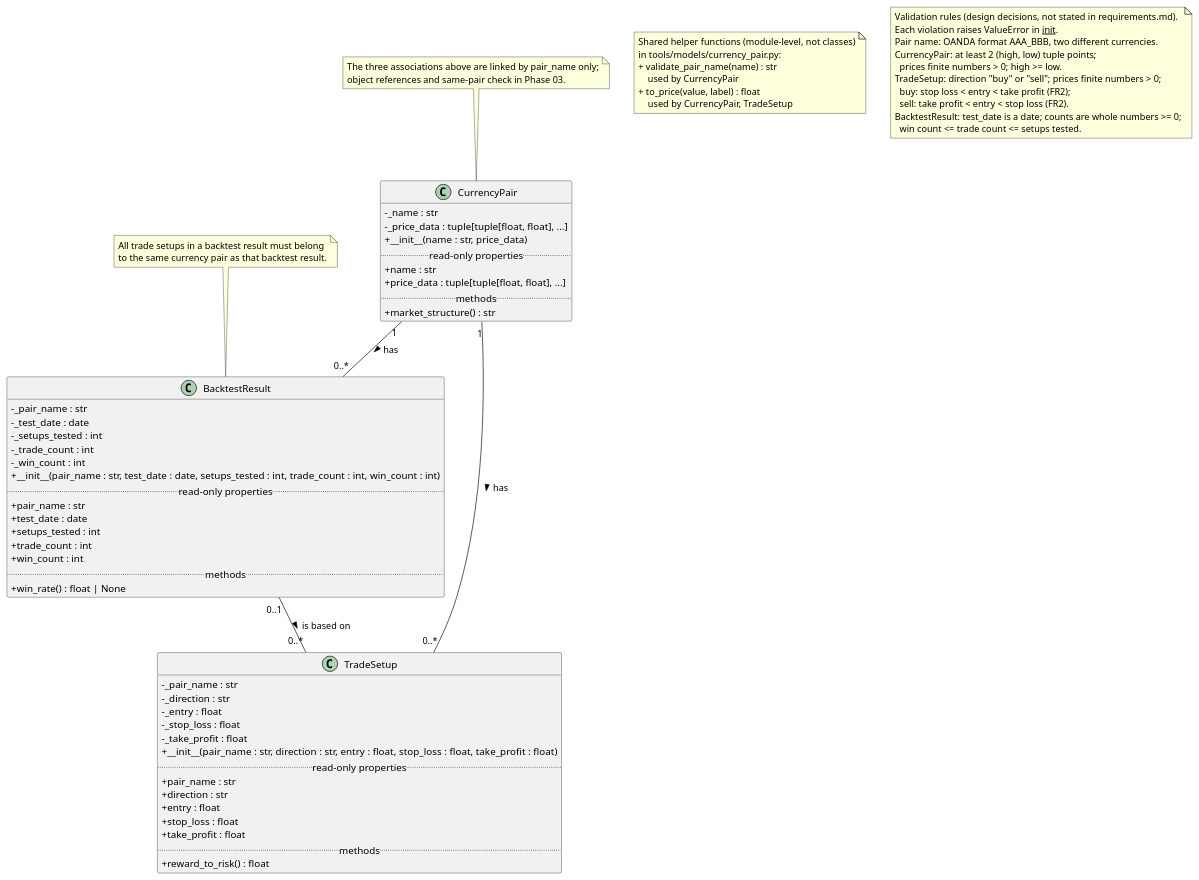
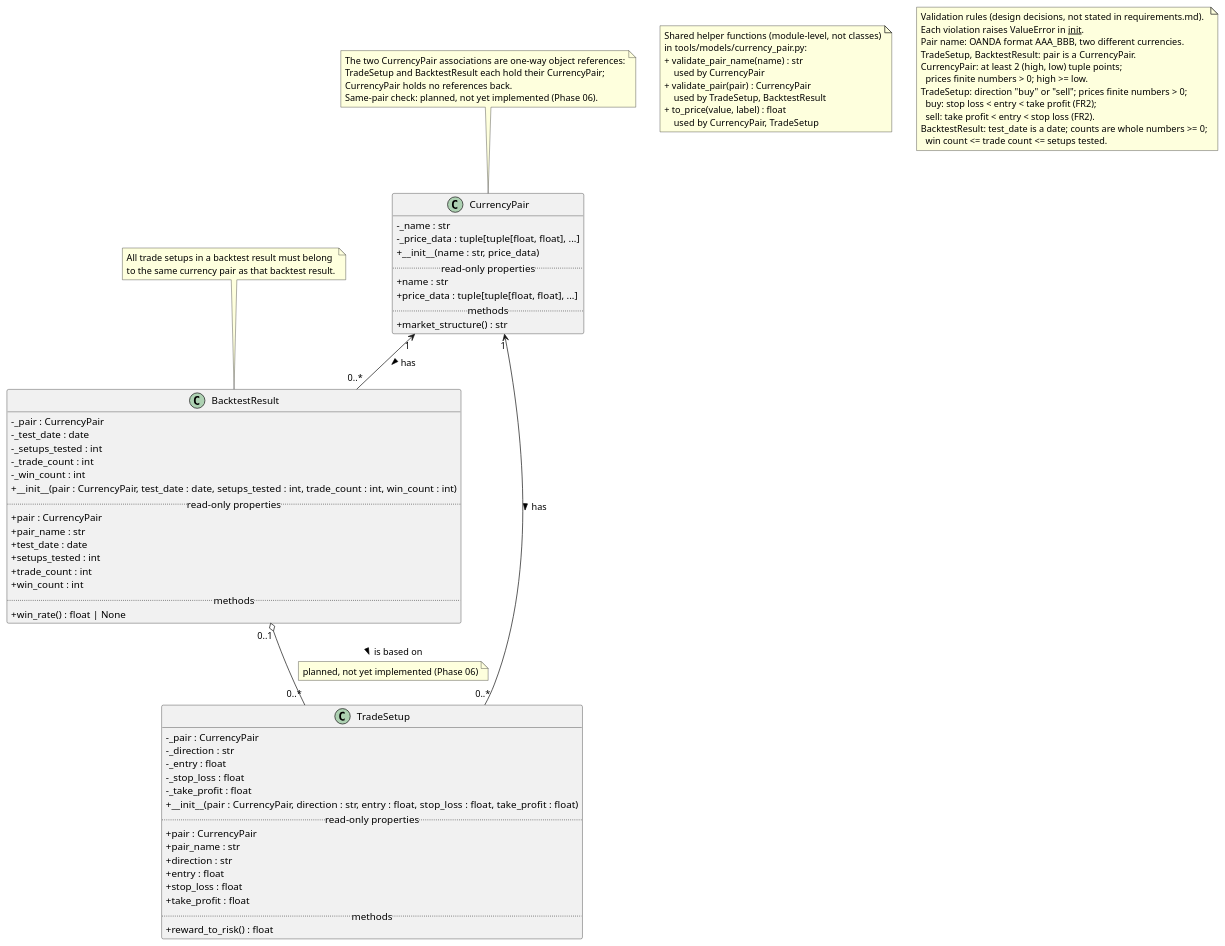
Before and after one commit to dan119524/nexus-trade: the diagram in docs/design/uml/domain-model.puml, drawn with PlantUML. The commit also changed 16 other files, not shown here.

```diff
--- a/docs/design/uml/domain-model.puml
+++ b/docs/design/uml/domain-model.puml
@@ -1,88 +1,99 @@
 @startuml domain-model
 ' Sources: docs/design/requirements.md, sections "Domain Entities" and
 ' "Relationships and Multiplicities", for the classes and relationships.
-' tools/models/ (Phase 02) for the attributes and public methods.
+' tools/models/ (Phase 03) for the attributes, public methods, and object references.
 ' Attributes are private (-) and exposed as read-only @property (+). No setters.
 skinparam classAttributeIconSize 0
 hide empty members
 
 class CurrencyPair {
   - _name : str
   - _price_data : tuple[tuple[float, float], ...]
   + __init__(name : str, price_data)
   .. read-only properties ..
   + name : str
   + price_data : tuple[tuple[float, float], ...]
   .. methods ..
   + market_structure() : str
 }
 
 class TradeSetup {
-  - _pair_name : str
+  - _pair : CurrencyPair
   - _direction : str
   - _entry : float
   - _stop_loss : float
   - _take_profit : float
-  + __init__(pair_name : str, direction : str, entry : float, stop_loss : float, take_profit : float)
+  + __init__(pair : CurrencyPair, direction : str, entry : float, stop_loss : float, take_profit : float)
   .. read-only properties ..
+  + pair : CurrencyPair
   + pair_name : str
   + direction : str
   + entry : float
   + stop_loss : float
   + take_profit : float
   .. methods ..
   + reward_to_risk() : float
 }
 
 class BacktestResult {
-  - _pair_name : str
+  - _pair : CurrencyPair
   - _test_date : date
   - _setups_tested : int
   - _trade_count : int
   - _win_count : int
-  + __init__(pair_name : str, test_date : date, setups_tested : int, trade_count : int, win_count : int)
+  + __init__(pair : CurrencyPair, test_date : date, setups_tested : int, trade_count : int, win_count : int)
   .. read-only properties ..
+  + pair : CurrencyPair
   + pair_name : str
   + test_date : date
   + setups_tested : int
   + trade_count : int
   + win_count : int
   .. methods ..
   + win_rate() : float | None
 }
 
-CurrencyPair "1" -- "0..*" TradeSetup : has >
-CurrencyPair "1" -- "0..*" BacktestResult : has >
-BacktestResult "0..1" -- "0..*" TradeSetup : is based on >
+CurrencyPair "1" <-- "0..*" TradeSetup : has >
+CurrencyPair "1" <-- "0..*" BacktestResult : has >
+BacktestResult "0..1" o-- "0..*" TradeSetup : is based on >
+
+note on link
+  planned, not yet implemented (Phase 06)
+end note
 
 note "All trade setups in a backtest result must belong\nto the same currency pair as that backtest result." as SamePair
 SamePair .. BacktestResult
 
 note as AssociationLinks
-  The three associations above are linked by pair_name only;
-  object references and same-pair check in Phase 03.
+  The two CurrencyPair associations are one-way object references:
+  TradeSetup and BacktestResult each hold their CurrencyPair;
+  CurrencyPair holds no references back.
+  Same-pair check: planned, not yet implemented (Phase 06).
 end note
 AssociationLinks .. CurrencyPair
 
 note as SharedHelpers
   Shared helper functions (module-level, not classes)
   in tools/models/currency_pair.py:
   + validate_pair_name(name) : str
       used by CurrencyPair
+  + validate_pair(pair) : CurrencyPair
+      used by TradeSetup, BacktestResult
   + to_price(value, label) : float
       used by CurrencyPair, TradeSetup
 end note
 
 note as ValidationRules
   Validation rules (design decisions, not stated in requirements.md).
   Each violation raises ValueError in __init__.
   Pair name: OANDA format AAA_BBB, two different currencies.
+  TradeSetup, BacktestResult: pair is a CurrencyPair.
   CurrencyPair: at least 2 (high, low) tuple points;
     prices finite numbers > 0; high >= low.
   TradeSetup: direction "buy" or "sell"; prices finite numbers > 0;
     buy: stop loss < entry < take profit (FR2);
     sell: take profit < entry < stop loss (FR2).
   BacktestResult: test_date is a date; counts are whole numbers >= 0;
     win count <= trade count <= setups tested.
 end note
 @enduml
```
